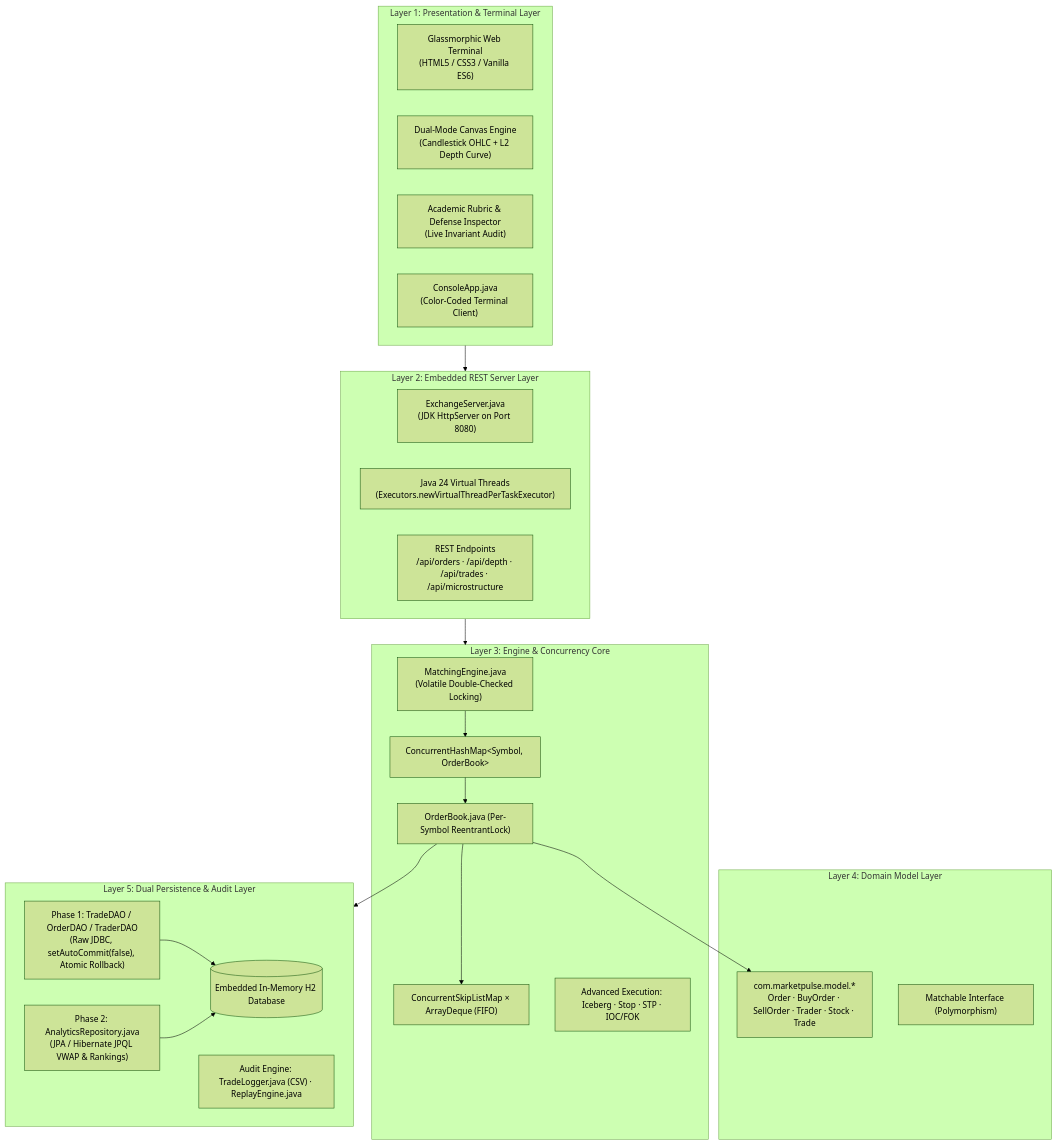
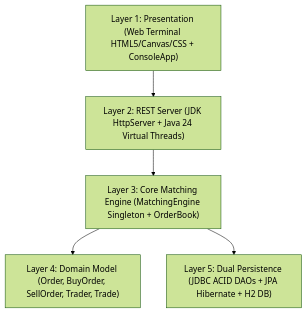
One commit to mansi25bai11449-uni/Market-Pulse changed the first of 3 diagrams in README.md. Above: the diagram before and after it, drawn with Mermaid (forest theme). The commit also changed other lines of this file, not shown here.

````diff
--- a/README.md
+++ b/README.md
@@ -34,45 +62,7 @@
 ```mermaid
 graph TD
-    subgraph Layer1["Layer 1: Presentation & Terminal Layer"]
-        L1_UI["Glassmorphic Web Terminal<br/>(HTML5 / CSS3 / Vanilla ES6)"]
-        L1_Canvas["Dual-Mode Canvas Engine<br/>(Candlestick OHLC + L2 Depth Curve)"]
-        L1_Modal["Academic Rubric & Defense Inspector<br/>(Live Invariant Audit)"]
-        L1_CLI["ConsoleApp.java<br/>(Color-Coded Terminal Client)"]
-    end
-
-    subgraph Layer2["Layer 2: Embedded REST Server Layer"]
-        L2_Server["ExchangeServer.java<br/>(JDK HttpServer on Port 8080)"]
-        L2_VT["Java 24 Virtual Threads<br/>(Executors.newVirtualThreadPerTaskExecutor)"]
-        L2_Endpoints["REST Endpoints<br/>/api/orders &middot; /api/depth &middot; /api/trades &middot; /api/microstructure"]
-    end
-
-    subgraph Layer3["Layer 3: Engine & Concurrency Core"]
-        L3_Singleton["MatchingEngine.java<br/>(Volatile Double-Checked Locking)"]
-        L3_Map["ConcurrentHashMap&lt;Symbol, OrderBook&gt;"]
-        L3_Book["OrderBook.java (Per-Symbol ReentrantLock)"]
-        L3_DS["ConcurrentSkipListMap &times; ArrayDeque (FIFO)"]
-        L3_Adv["Advanced Execution: Iceberg &middot; Stop &middot; STP &middot; IOC/FOK"]
-    end
-
-    subgraph Layer4["Layer 4: Domain Model Layer"]
-        L4_Model["com.marketpulse.model.*<br/>Order &middot; BuyOrder &middot; SellOrder &middot; Trader &middot; Stock &middot; Trade"]
-        L4_Interface["Matchable Interface (Polymorphism)"]
-    end
-
-    subgraph Layer5["Layer 5: Dual Persistence & Audit Layer"]
-        L5_JDBC["Phase 1: TradeDAO / OrderDAO / TraderDAO<br/>(Raw JDBC, setAutoCommit(false), Atomic Rollback)"]
-        L5_JPA["Phase 2: AnalyticsRepository.java<br/>(JPA / Hibernate JPQL VWAP & Rankings)"]
-        L5_Audit["Audit Engine: TradeLogger.java (CSV) &middot; ReplayEngine.java"]
-        L5_DB[("Embedded In-Memory H2 Database")]
-    end
-
-    Layer1 --> Layer2
-    Layer2 --> Layer3
-    L3_Singleton --> L3_Map
-    L3_Map --> L3_Book
-    L3_Book --> L3_DS
-    L3_Book --> L4_Model
-    L3_Book --> Layer5
-    L5_JDBC --> L5_DB
-    L5_JPA --> L5_DB
+    L1["Layer 1: Presentation (Web Terminal HTML5/Canvas/CSS + ConsoleApp)"] --> L2["Layer 2: REST Server (JDK HttpServer + Java 24 Virtual Threads)"]
+    L2 --> L3["Layer 3: Core Matching Engine (MatchingEngine Singleton + OrderBook)"]
+    L3 --> L4["Layer 4: Domain Model (Order, BuyOrder, SellOrder, Trader, Trade)"]
+    L3 --> L5["Layer 5: Dual Persistence (JDBC ACID DAOs + JPA Hibernate + H2 DB)"]
 ```
````
